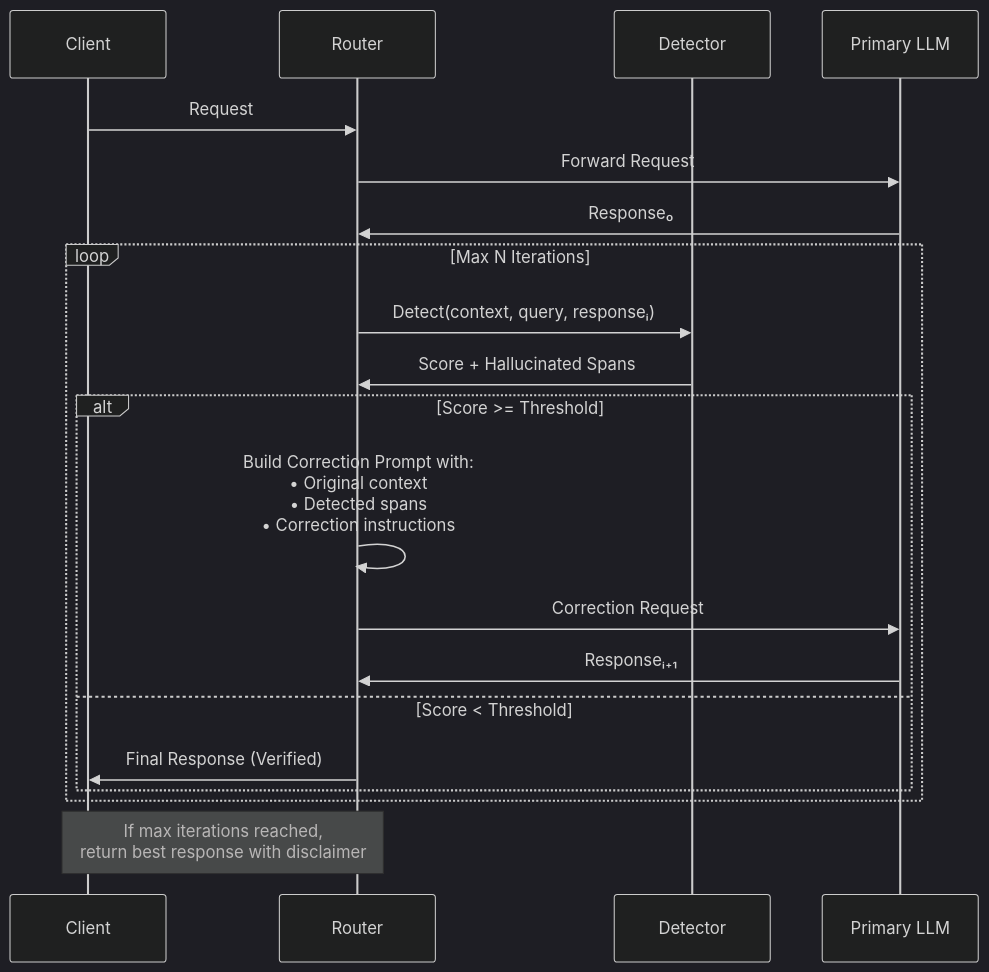
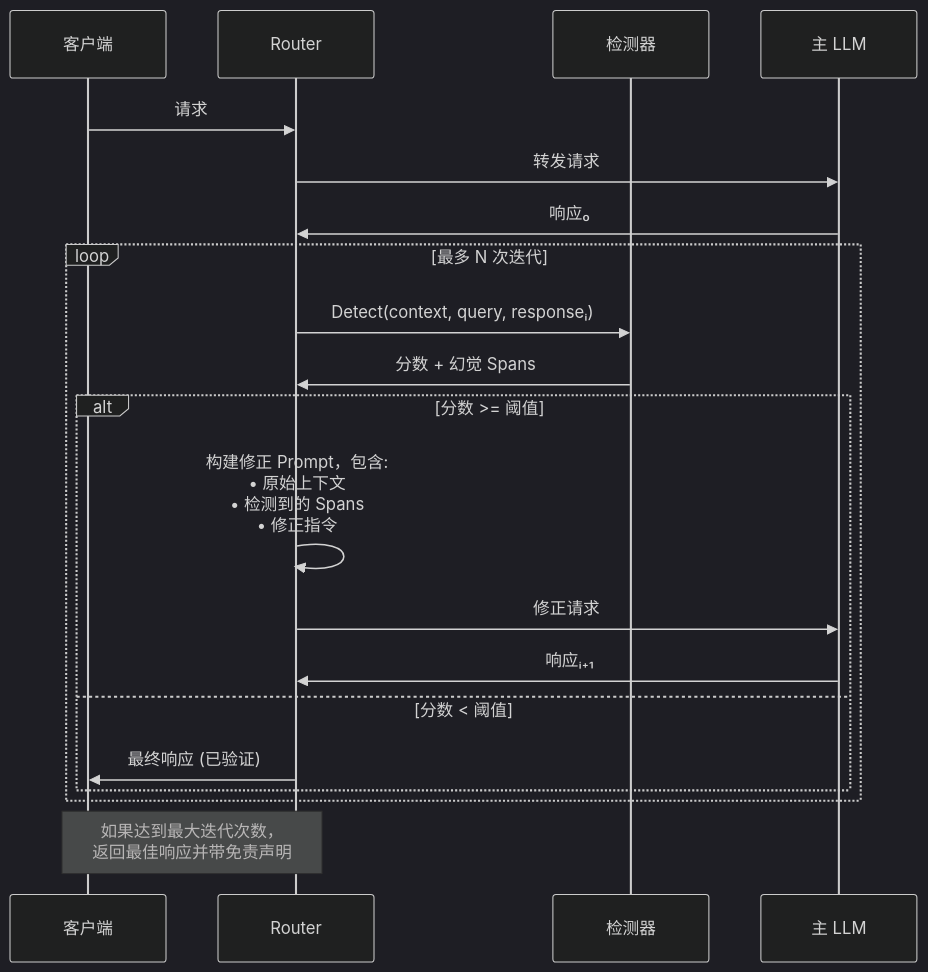
Before and after one commit to vllm-project/semantic-router: diagram 11 of 14 in website/i18n/zh-Hans/docusaurus-plugin-content-docs/current/proposals/hallucination-mitigation-milestone.md, drawn with Mermaid (dark theme). The commit also changed other lines of this file and 7 other files, not shown here.

````diff
--- a/website/i18n/zh-Hans/docusaurus-plugin-content-docs/current/proposals/hallucination-mitigation-milestone.md
+++ b/website/i18n/zh-Hans/docusaurus-plugin-content-docs/current/proposals/hallucination-mitigation-milestone.md
@@ -898,26 +906,26 @@
 ```mermaid
 sequenceDiagram
-    participant C as Client
+    participant C as 客户端
     participant R as Router
-    participant D as Detector
-    participant L as Primary LLM
+    participant D as 检测器
+    participant L as 主 LLM
 
-    C->>R: Request
-    R->>L: Forward Request
-    L->>R: Response₀
+    C->>R: 请求
+    R->>L: 转发请求
+    L->>R: 响应₀
 
-    loop Max N Iterations
+    loop 最多 N 次迭代
         R->>D: Detect(context, query, responseᵢ)
-        D->>R: Score + Hallucinated Spans
+        D->>R: 分数 + 幻觉 Spans
 
-        alt Score >= Threshold
-            R->>R: Build Correction Prompt with:<br/>• Original context<br/>• Detected spans<br/>• Correction instructions
-            R->>L: Correction Request
-            L->>R: Responseᵢ₊₁
-        else Score < Threshold
-            R->>C: Final Response (Verified)
+        alt 分数 >= 阈值
+            R->>R: 构建修正 Prompt，包含:<br/>• 原始上下文<br/>• 检测到的 Spans<br/>• 修正指令
+            R->>L: 修正请求
+            L->>R: 响应ᵢ₊₁
+        else 分数 < 阈值
+            R->>C: 最终响应 (已验证)
         end
     end
 
-    Note over R,C: If max iterations reached,<br/>return best response with disclaimer
+    Note over R,C: 如果达到最大迭代次数，<br/>返回最佳响应并带免责声明
 ```
````
